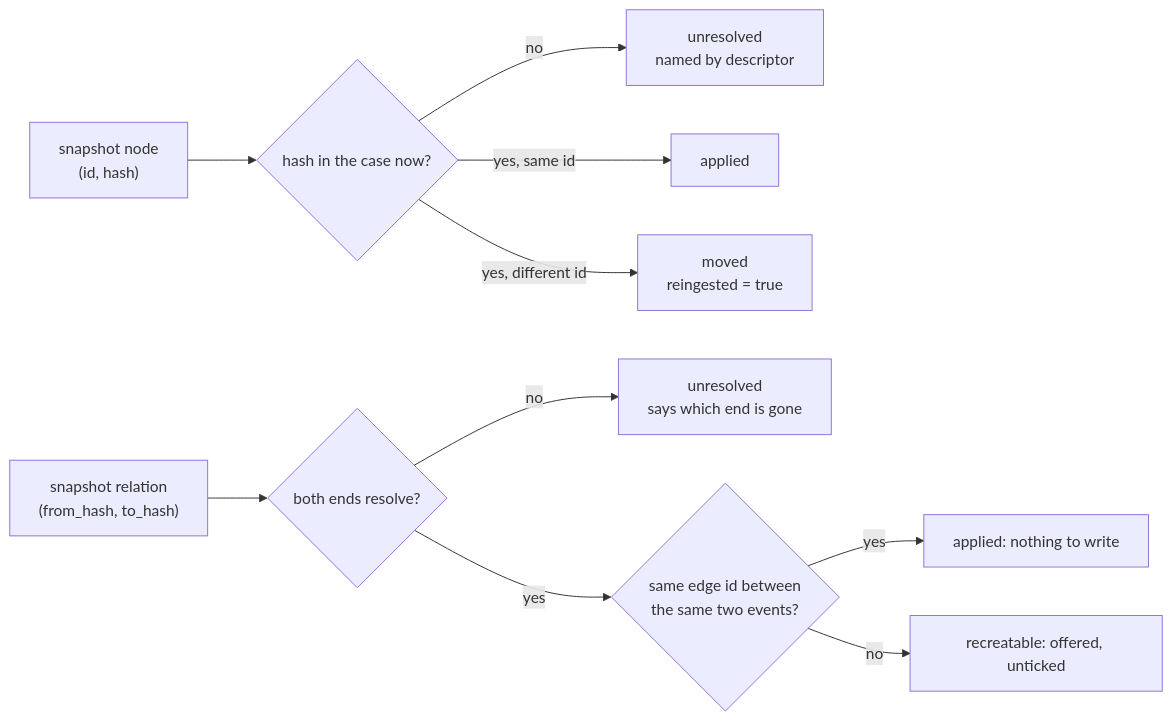
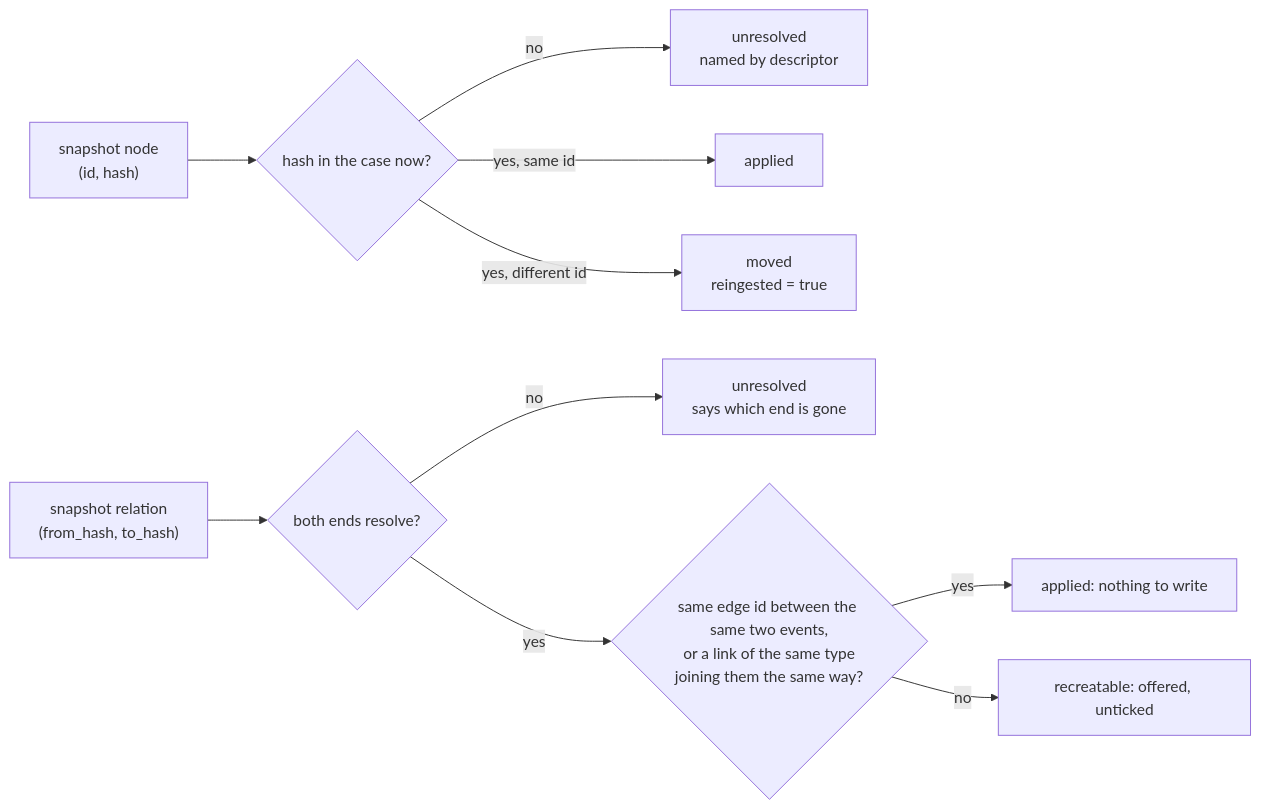
Before and after one commit to aoiflux/rohy: diagram 19 of 22 in LLD.md, drawn with Mermaid. The commit also changed other lines of this file and 64 other files, not shown here.

````diff
--- a/LLD.md
+++ b/LLD.md
@@ -1787,12 +1878,12 @@
 ```mermaid
 flowchart LR
     n["snapshot node<br/>(id, hash)"] --> h{"hash in the case now?"}
     h -->|no| NU["unresolved<br/>named by descriptor"]
     h -->|"yes, same id"| NA["applied"]
     h -->|"yes, different id"| NM["moved<br/>reingested = true"]
     r["snapshot relation<br/>(from_hash, to_hash)"] --> e{"both ends resolve?"}
     e -->|no| RU["unresolved<br/>says which end is gone"]
-    e -->|yes| l{"same edge id between<br/>the same two events?"}
+    e -->|yes| l{"same edge id between the same two events,<br/>or a link of the same type<br/>joining them the same way?"}
     l -->|yes| RA["applied: nothing to write"]
     l -->|no| RR["recreatable: offered, unticked"]
 ```
````
